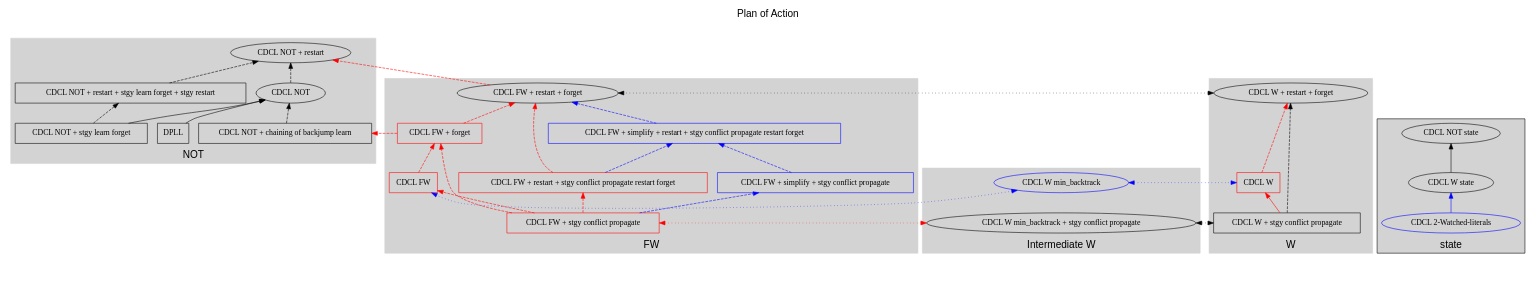
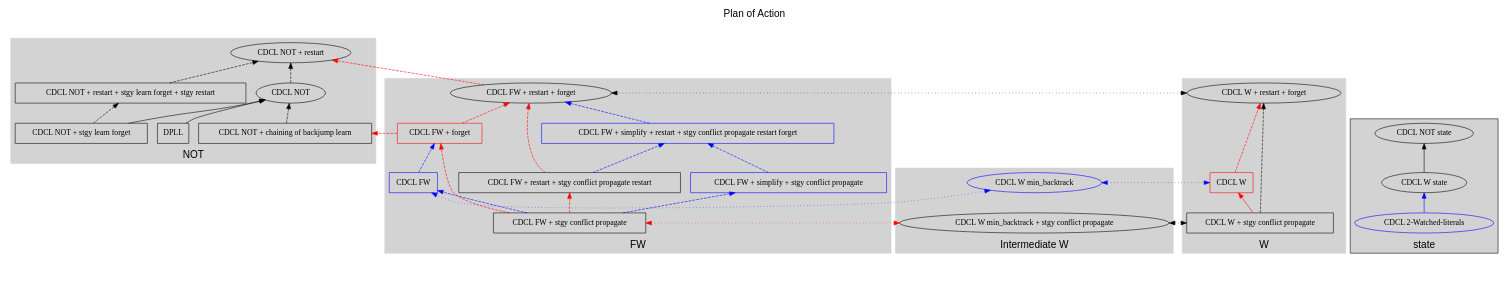
One commit to IsaFoL/IsaFoL changed the diagram in Weidenbach_Book/CDCL.dot. Above: the diagram before and after it, drawn with Graphviz.

Commit message:
updating dot file

```diff
--- a/Weidenbach_Book/CDCL.dot
+++ b/Weidenbach_Book/CDCL.dot
@@ -1,125 +1,124 @@
 //dot -o CDCL.pdf -Tpdf CDCL.dot
 Digraph CDCL {
 	rankdir=BT;
 	graph [label="Plan of Action\n\n", labelloc=t; labeljust=center, fontname=Helvetica, fontsize=18];
 	minlen=100;
 	
 	newrank=true;
 	
 	subgraph cluster_not {
 		label="NOT";
 		style=filled;
 		color=lightgrey;
   		CDCL_NOT_restart [label="CDCL NOT + restart"];
   		CDCL_NOT [label="CDCL NOT"];
   		CDCL_NOT_restart_stgy_learn_forget_restart[label="CDCL NOT + restart + stgy learn forget + stgy restart", shape=box];
   		CDCL_NOT_chaining [label="CDCL NOT + chaining of backjump learn", shape=box];
   		DPLL [label="DPLL", shape=box];
 		CDCL_NOT_stgy_learn_forget [label="CDCL NOT + stgy learn forget", shape=box];
 				
 		
 	}
 
 	CDCL_NOT_stgy_learn_forget -> CDCL_NOT;
 	CDCL_NOT -> CDCL_NOT_restart [style=dashed];
 	CDCL_NOT_stgy_learn_forget -> CDCL_NOT_restart_stgy_learn_forget_restart [style=dashed];
 	CDCL_NOT_restart_stgy_learn_forget_restart -> CDCL_NOT_restart [style=dashed];
 	DPLL -> CDCL_NOT;
 
 	CDCL_NOT_chaining -> CDCL_NOT [style=dashed];
 	subgraph cluster_phantom{
 	  style = invis;
 	  
   	  subgraph cluster_w_fw {
   		  label="Intermediate W";
   		  style=filled;
   		  color=lightgrey;
   		  CDCL_W_min_backtrack [label="CDCL W min_backtrack", color=blue];
   		  CDCL_W_min_backtrack_stgy_conflict_propagate [label="CDCL W min_backtrack + stgy conflict propagate"];
   	  }
   	  subgraph cluster_fw {
   		  style=filled;
   		  color=lightgrey;
   		  label="FW";
-  		  CDCL_FW [label="CDCL FW", color=red, shape=box];
+  		  CDCL_FW [label="CDCL FW", color=blue, shape=box];
   		  CDCL_FW_forget [label="CDCL FW + forget", color=red, shape=box];
-  		  CDCL_FW_stgy_conflict_propagate_restart [label="CDCL FW + restart + stgy conflict propagate restart forget", color=red, shape=box];
+  		  CDCL_FW_stgy_conflict_propagate_restart [label="CDCL FW + restart + stgy conflict propagate restart", shape=box];
 		  CDCL_FW_simplify_stgy_conflict_propagate_restart [label="CDCL FW + simplify + restart + stgy conflict propagate restart forget", color=blue, shape=box];
-  		  CDCL_FW_stgy_conflict_propagate [label="CDCL FW + stgy conflict propagate", color=red, shape=box];
+  		  CDCL_FW_stgy_conflict_propagate [label="CDCL FW + stgy conflict propagate", shape=box];
   		  CDCL_FW_simplify_stgy_conflict_propagate [label="CDCL FW + simplify + stgy conflict propagate", color=blue, shape=box];
   		  CDCL_FW_forget_restart [label="CDCL FW + restart + forget"];
 	  }
 	}
 	CDCL_FW_stgy_conflict_propagate_restart -> CDCL_FW_forget_restart [style=dashed, color=red];
 	CDCL_FW_forget -> CDCL_NOT_chaining [style=dashed, color=red];
 	CDCL_FW_forget -> CDCL_FW_forget_restart [style=dashed, color=red];
 	CDCL_FW_forget_restart -> CDCL_NOT_restart [style=dashed, color=red];
-	CDCL_FW -> CDCL_FW_forget [style=dashed, color=red];
-	CDCL_FW_stgy_conflict_propagate ->  CDCL_FW[style=dashed, color=red];
+	CDCL_FW -> CDCL_FW_forget [style=dashed, color=blue];
+	CDCL_FW_stgy_conflict_propagate ->  CDCL_FW[style=dashed, color=blue];
 	CDCL_FW_stgy_conflict_propagate -> CDCL_FW_stgy_conflict_propagate_restart[style=dashed, color=red];
 
 	CDCL_FW_stgy_conflict_propagate -> CDCL_FW_simplify_stgy_conflict_propagate[style=dashed, color=blue];
 	CDCL_FW_stgy_conflict_propagate_restart -> CDCL_FW_simplify_stgy_conflict_propagate_restart[style=dashed, color=blue];
 	CDCL_FW_simplify_stgy_conflict_propagate -> CDCL_FW_simplify_stgy_conflict_propagate_restart[style=dashed, color=blue];
 	CDCL_FW_simplify_stgy_conflict_propagate_restart -> CDCL_FW_forget_restart[style=dashed, color=blue];
 
 	subgraph cluster_w {
 		label="W";
 		style=filled;
 		color=lightgrey;
 		CDCL_W [label="CDCL W", color=red, shape=box];
 		CDCL_W_forget_restart [label="CDCL W + restart + forget"];
 		CDCL_W_stgy_conflict_propagate [label="CDCL W + stgy conflict propagate", shape=box];
 	}
 	CDCL_W -> CDCL_W_forget_restart[color=red, style=dashed];
 	CDCL_W_stgy_conflict_propagate -> CDCL_W_forget_restart[style=dashed];
 	CDCL_W_stgy_conflict_propagate -> CDCL_W[color=red];
 	CDCL_W_forget_restart -> CDCL_FW_forget_restart[style=dotted, dir="both"];
 
 	CDCL_W_min_backtrack -> CDCL_FW[style=dotted, dir="both", color=blue];
 	CDCL_W_min_backtrack -> CDCL_W[style=dotted, dir="both", color=blue];
 
 	CDCL_W_min_backtrack_stgy_conflict_propagate -> CDCL_W_stgy_conflict_propagate[style=dotted, dir="both"];
 	CDCL_W_min_backtrack_stgy_conflict_propagate -> CDCL_FW_stgy_conflict_propagate[style=dotted, dir="both", color=red];
 	CDCL_FW_stgy_conflict_propagate -> CDCL_FW_forget[style=dashed, color = red];
 	
 
 	subgraph cluster_state {
 		label="state";
 		style=filled;
 		CDCL_NOT_state [label="CDCL NOT state"];
 		CDCL_W_state [label="CDCL W state"];
 		CDCL_WL [label="CDCL 2-Watched-literals", color=blue];
 	}
 
 	CDCL_W_state -> CDCL_NOT_state;
 	CDCL_WL -> CDCL_W_state[color=blue];
 	
 	{rank=same;
 		CDCL_W
 		//CDCL_NOT
 		CDCL_W_min_backtrack
 		CDCL_FW
 		
 		};
 
 	{rank=same;
 		CDCL_W_forget_restart;
 		CDCL_FW_forget_restart;
 		
 	}
 
 	{rank=sink
 		CDCL_W_min_backtrack_stgy_conflict_propagate
 		CDCL_W_stgy_conflict_propagate
 		CDCL_FW_stgy_conflict_propagate
 	}
 	
 	{rank=same
 		CDCL_NOT_chaining
 		CDCL_FW_forget
 		DPLL
 		CDCL_NOT_stgy_learn_forget
-		//CDCL_FW
 	}
 }
```
